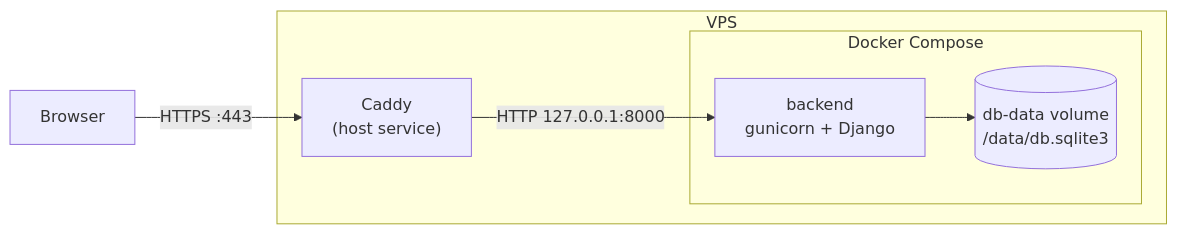
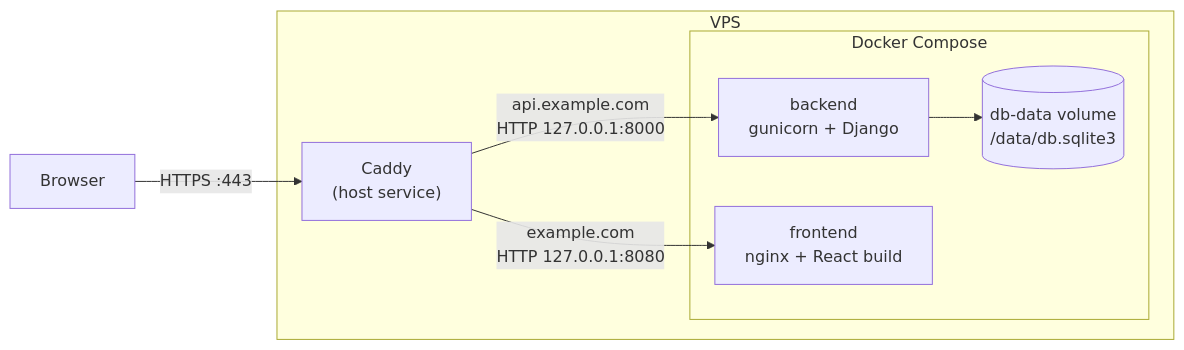
The diagram in backend/docs/deployment.md (MrAleborg/portfolio), drawn with Mermaid before and after one commit. The commit also changed other lines of this file and 9 other files, not shown here.

First line of the commit message:
Deploy the frontend as a container next to the backend

````diff
--- a/backend/docs/deployment.md
+++ b/backend/docs/deployment.md
@@ -9,10 +16,12 @@
 ```mermaid
 flowchart LR
     Browser -- "HTTPS :443" --> Caddy["Caddy<br>(host service)"]
     subgraph VPS
-        Caddy -- "HTTP 127.0.0.1:8000" --> Backend
+        Caddy -- "api.example.com<br>HTTP 127.0.0.1:8000" --> Backend
+        Caddy -- "example.com<br>HTTP 127.0.0.1:8080" --> Frontend
         subgraph Compose [Docker Compose]
             Backend["backend<br>gunicorn + Django"] --> DB[("db-data volume<br>/data/db.sqlite3")]
+            Frontend["frontend<br>nginx + React build"]
         end
     end
 ```
````
